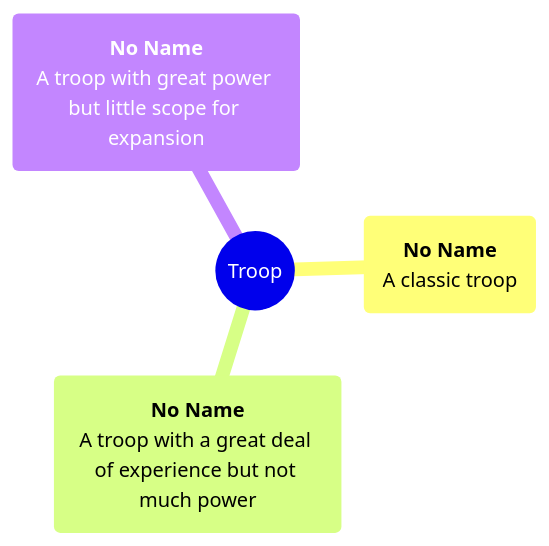
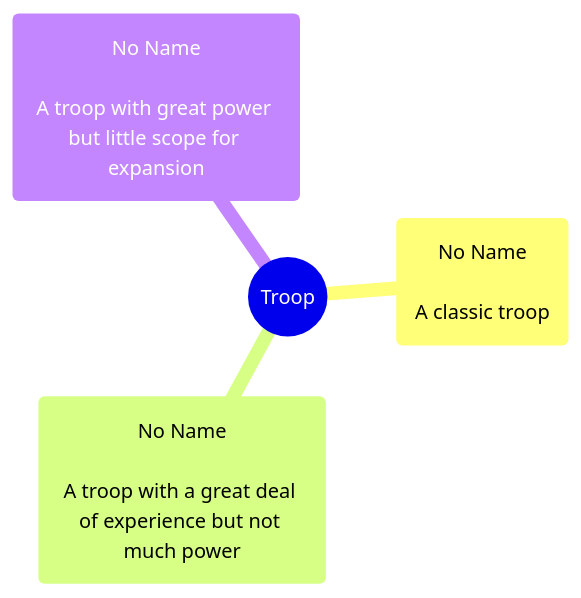
Before and after one commit to CoCoSol007/border-wars: the third of 3 diagrams in README.md, drawn with Mermaid. The commit also changed other lines of this file and 1 other file, not shown here.

Commit message:
Remove mind map fomatage (!3)

````diff
--- a/README.md
+++ b/README.md
@@ -63,10 +63,10 @@
 ```mermaid
 mindmap
   root((Troop))
-    ("`**No Name**
-    A classic troop`")
-    ("`**No Name**
-    A troop with a great deal of experience but not much power`")
-    ("`**No Name**
-    A troop with great power but little scope for expansion`")
+    ("No Name</br>
+    A classic troop")
+    ("No Name</br>
+    A troop with a great deal of experience but not much power")
+    ("No Name</br>
+    A troop with great power but little scope for expansion")
 ```
````
